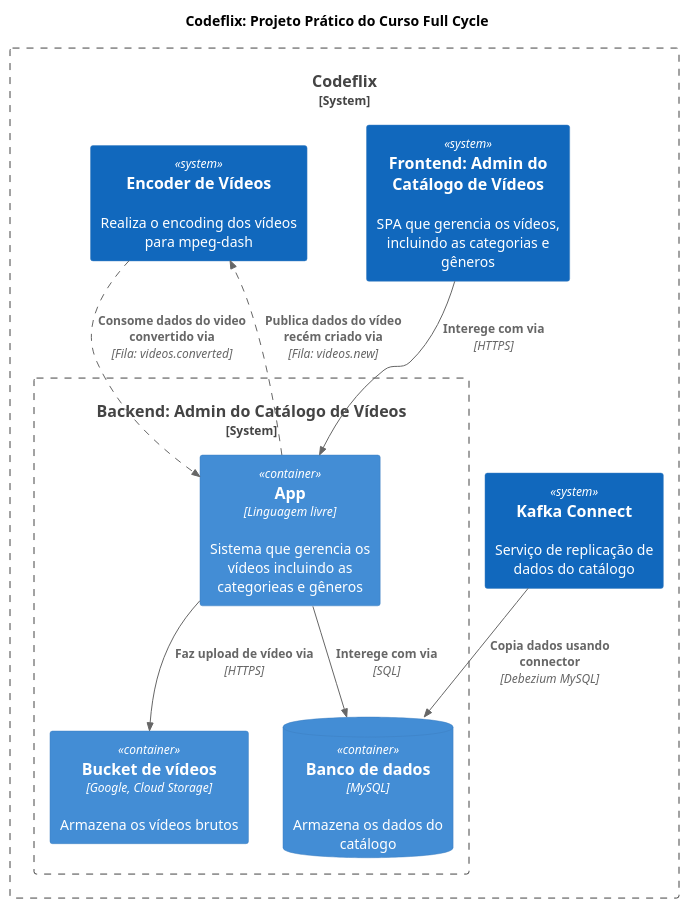
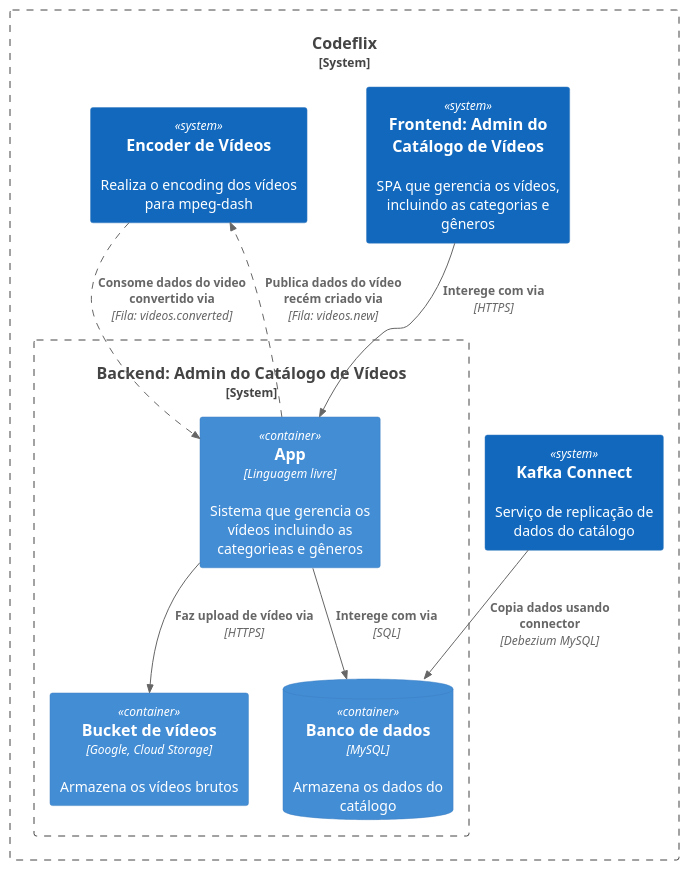
Before and after one commit to jnunes-ds/micro-video-admin: the diagram in backend_admin_catalogo.puml, drawn with PlantUML.

Commit message:
chore: remove diagram title from `backend_admin_catalogo.puml`

```diff
--- a/backend_admin_catalogo.puml
+++ b/backend_admin_catalogo.puml
@@ -1,27 +1,25 @@
 @startuml contexto
 !include https://raw.githubusercontent.com/plantuml-stdlib/C4-PlantUML/master/C4_Container.puml
 AddRelTag("async", $lineStyle = DashedLine())
 SHOW_PERSON_PORTRAIT()
-
-title "Codeflix: Projeto Prático do Curso Full Cycle"
 
 System_Boundary(gateway, "Codeflix") {
     System(kafka_connect,"Kafka Connect", "Serviço de replicação de dados do catálogo")
     System(frontend_catalogo_admin,"Frontend: Admin do Catálogo de Vídeos","SPA que gerencia os vídeos, incluindo as categorias e gêneros")
     System(encoder_de_video,"Encoder de Vídeos","Realiza o encoding dos vídeos para mpeg-dash")
 
    System_Boundary(catalogo, "Backend: Admin do Catálogo de Vídeos") {
       Container(app, "App", "Linguagem livre", "Sistema que gerencia os vídeos incluindo as categorieas e gêneros")
       ContainerDb(banco_de_dados, "Banco de dados", "MySQL", "Armazena os dados do catálogo")
       Container(bucket_de_videos, "Bucket de vídeos", "Google, Cloud Storage", "Armazena os vídeos brutos")
 
       Rel(frontend_catalogo_admin, app, "Interege com via", "HTTPS")
       Rel(kafka_connect, banco_de_dados, "Copia dados usando connector", "Debezium MySQL")
       Rel(encoder_de_video, app, "Consome dados do video convertido via", "Fila: videos.converted", $tags="async")
       Rel(app, encoder_de_video, "Publica dados do vídeo recém criado via", "Fila: videos.new", $tags="async")
 
       Rel(app, banco_de_dados, "Interege com via", "SQL")
       Rel(app, bucket_de_videos, "Faz upload de vídeo via", "HTTPS")
    }
 }
 @enduml
```
